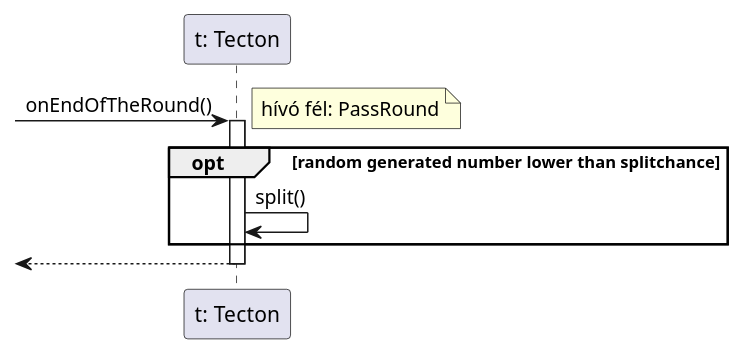
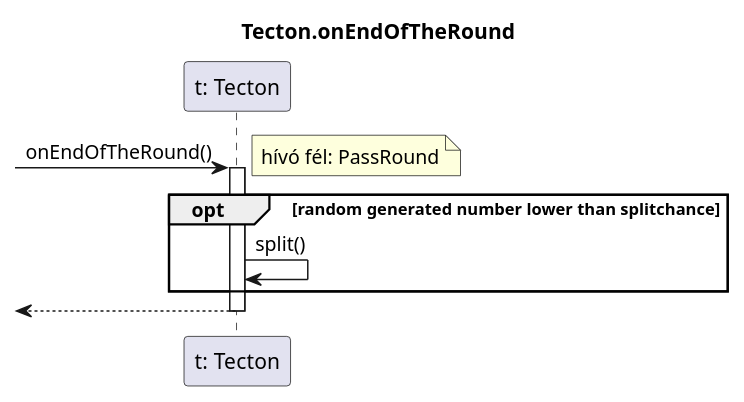
Before and after one commit to dzsem/projlab: the diagram in diagrams/sequence/tecton/endofround_tecton.plantuml, drawn with PlantUML. The commit also changed 25 other files, not shown here.

Commit message:
Exported and fixed diagrams

```diff
--- a/diagrams/sequence/tecton/endofround_tecton.plantuml
+++ b/diagrams/sequence/tecton/endofround_tecton.plantuml
@@ -1,14 +1,16 @@
 @startuml endofround_tecton
+
+title Tecton.onEndOfTheRound
 
 participant "t: Tecton" as tecton
 
 -> tecton: onEndOfTheRound()
 note right: hívó fél: PassRound
 activate tecton
 
 opt random generated number lower than splitchance
 	tecton -> tecton: split()
 end
 <-- tecton
 deactivate tecton
 @enduml
```
